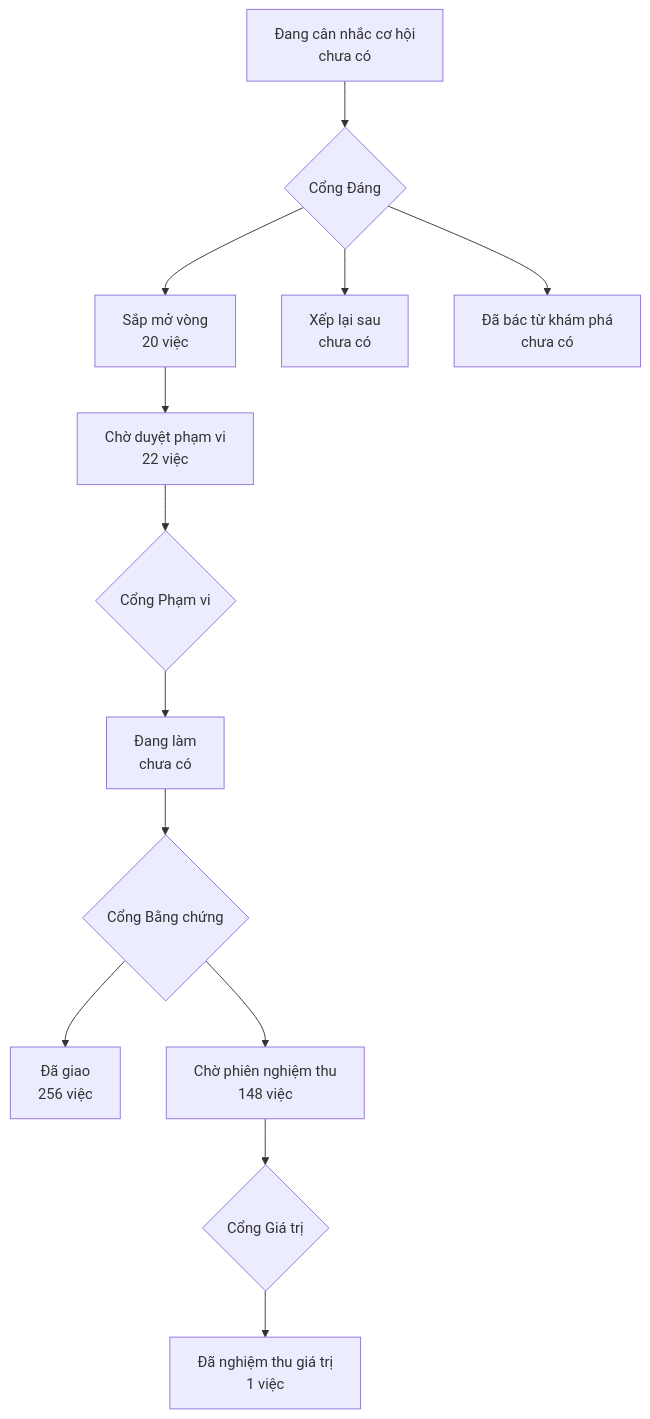
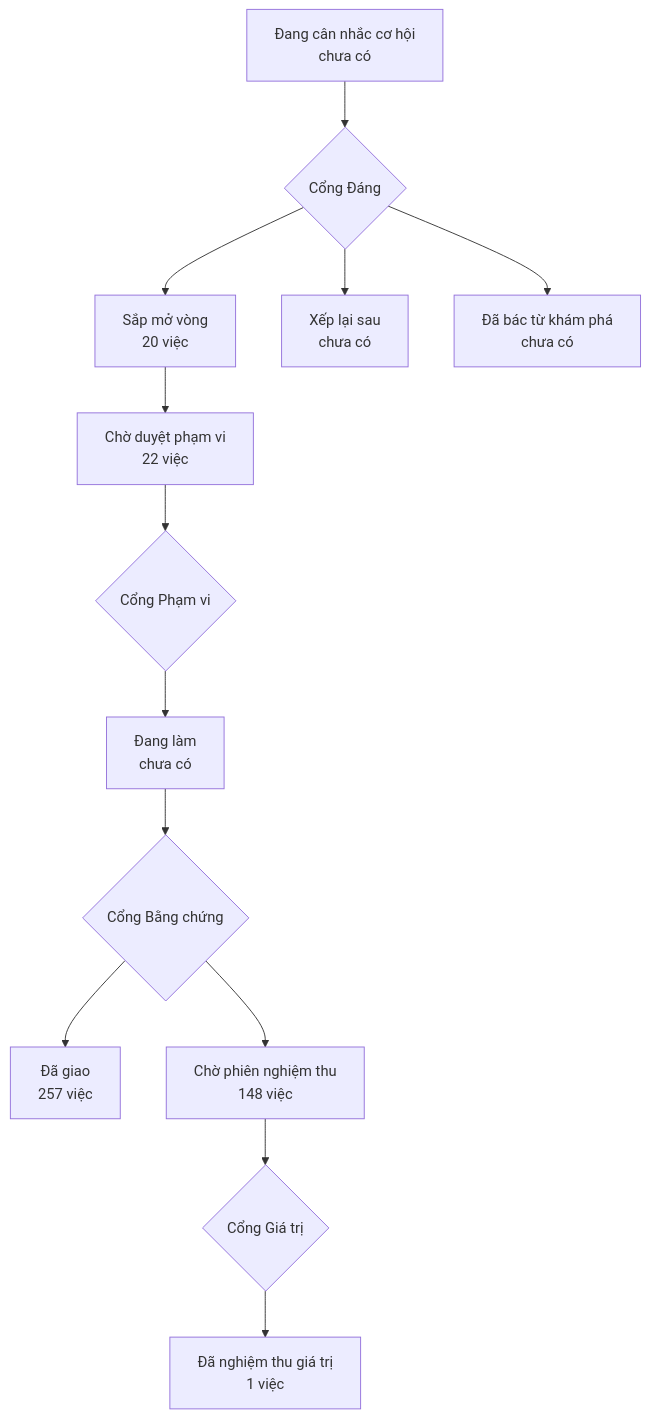
The diagram in PRODUCT-MAP.md (phanlemanh/onehub-invest), drawn with Mermaid before and after one commit. The commit also changed other lines of this file and 14 other files, not shown here.

````diff
--- a/PRODUCT-MAP.md
+++ b/PRODUCT-MAP.md
@@ -7,12 +7,12 @@
 ```mermaid
 flowchart TD
   A["Đang cân nhắc cơ hội<br/>chưa có"] --> GD{"Cổng Đáng"}
   GD --> B["Sắp mở vòng<br/>20 việc"]
   GD --> XL["Xếp lại sau<br/>chưa có"]
   GD --> DB["Đã bác từ khám phá<br/>chưa có"]
   B --> CD["Chờ duyệt phạm vi<br/>22 việc"] --> GP{"Cổng Phạm vi"}
   GP --> DL["Đang làm<br/>chưa có"] --> GB{"Cổng Bằng chứng"}
-  GB --> DG["Đã giao<br/>256 việc"]
+  GB --> DG["Đã giao<br/>257 việc"]
   GB --> CN["Chờ phiên nghiệm thu<br/>148 việc"] --> GG{"Cổng Giá trị"}
   GG --> NT["Đã nghiệm thu giá trị<br/>1 việc"]
 ```
````
